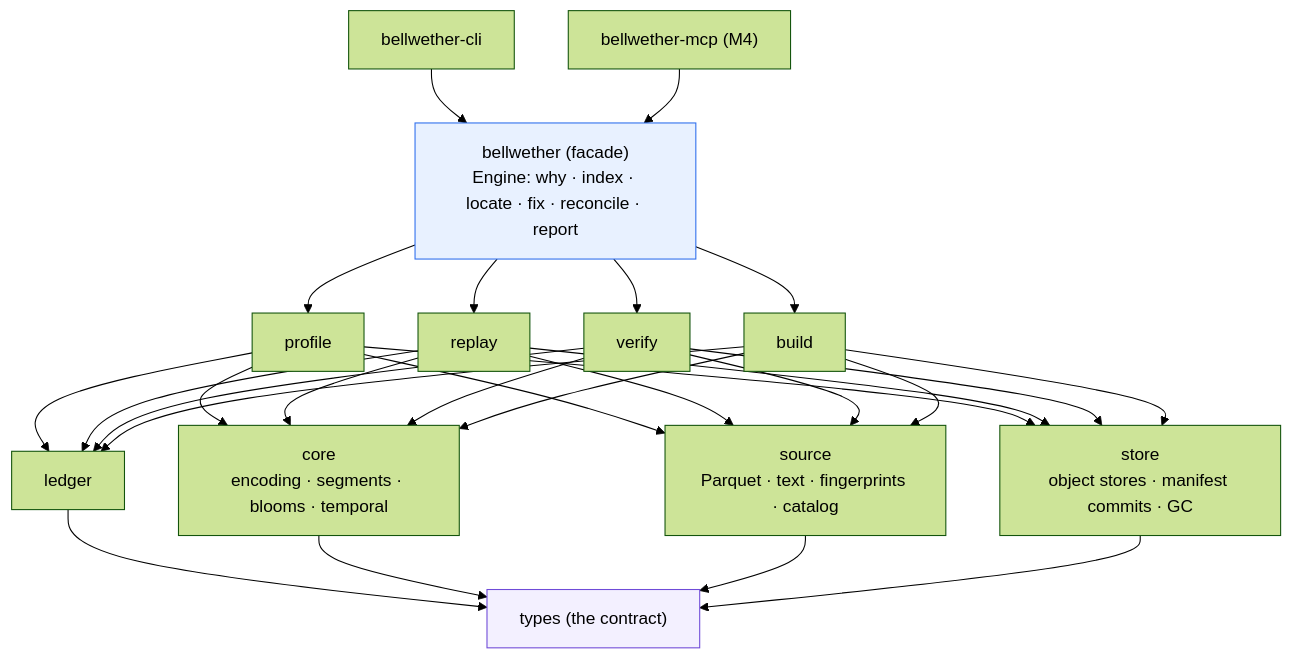
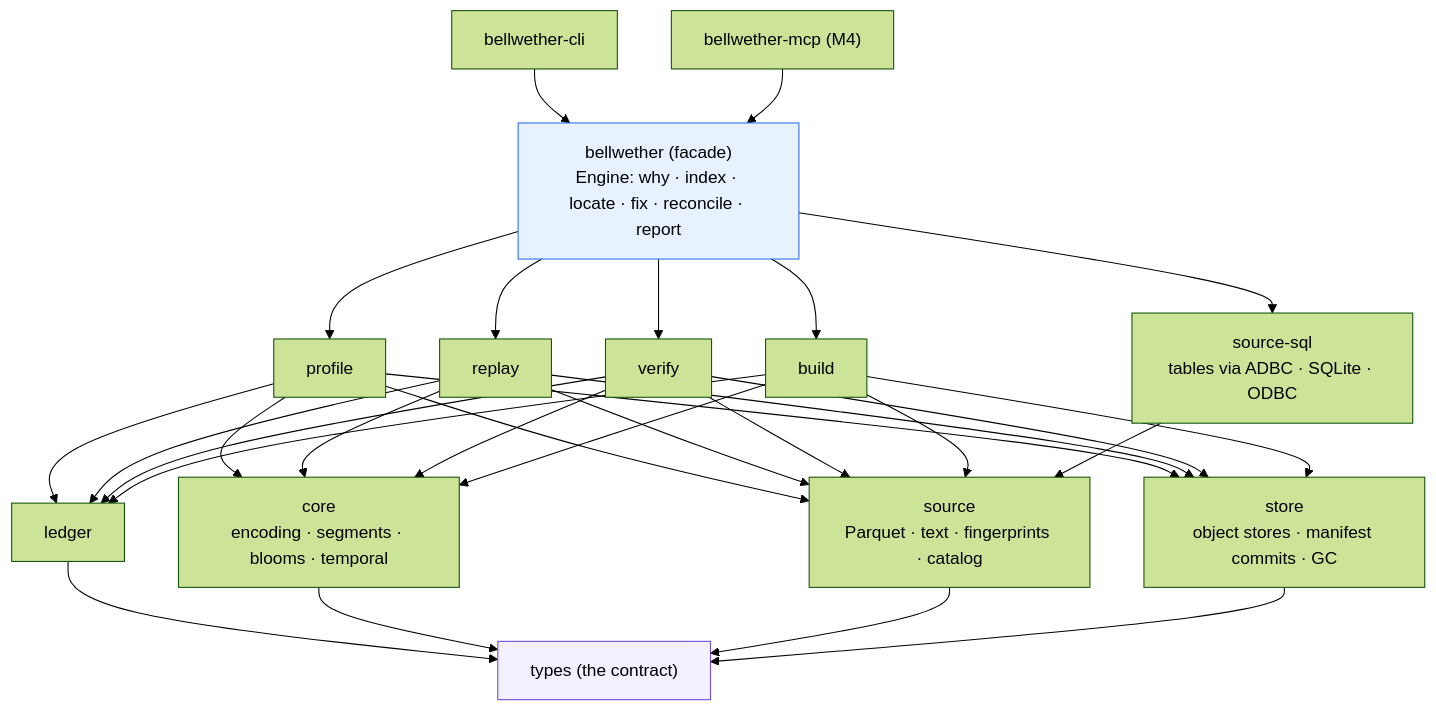
One commit to vncp/bellwether changed the fourth of 4 diagrams in docs/architecture.md. Above: the diagram before and after it, drawn with Mermaid (forest theme). The commit also changed other lines of this file and 49 other files, not shown here.

First line of the commit message:
WP20: bellwether-source-sql (tables as sources: ADBC and ODBC, measured costs, reconcile against files)

````diff
--- a/docs/architecture.md
+++ b/docs/architecture.md
@@ -114,13 +115,15 @@
 ```mermaid
 flowchart TB
     CLI["bellwether-cli"] --> FAC["bellwether (facade)<br/>Engine: why · index · locate · fix · reconcile · report"]
     MCP["bellwether-mcp (M4)"] --> FAC
     FAC --> PROF["profile"] & REP["replay"] & VER["verify"] & BLD["build"]
     PROF & REP & VER & BLD --> LED["ledger"]
     PROF & REP & VER & BLD --> CORE["core<br/>encoding · segments · blooms · temporal"]
     PROF & REP & VER & BLD --> SRC["source<br/>Parquet · text · fingerprints · catalog"]
+    FAC --> SQL["source-sql<br/>tables via ADBC · SQLite · ODBC"]
+    SQL --> SRC
     PROF & REP & VER & BLD --> STO["store<br/>object stores · manifest commits · GC"]
     LED & CORE & SRC & STO --> TY["types (the contract)"]
     style TY fill:#f3f0ff,stroke:#6f4bd8,color:#000
     style FAC fill:#e8f1ff,stroke:#2f6fed,color:#000
 ```
````
